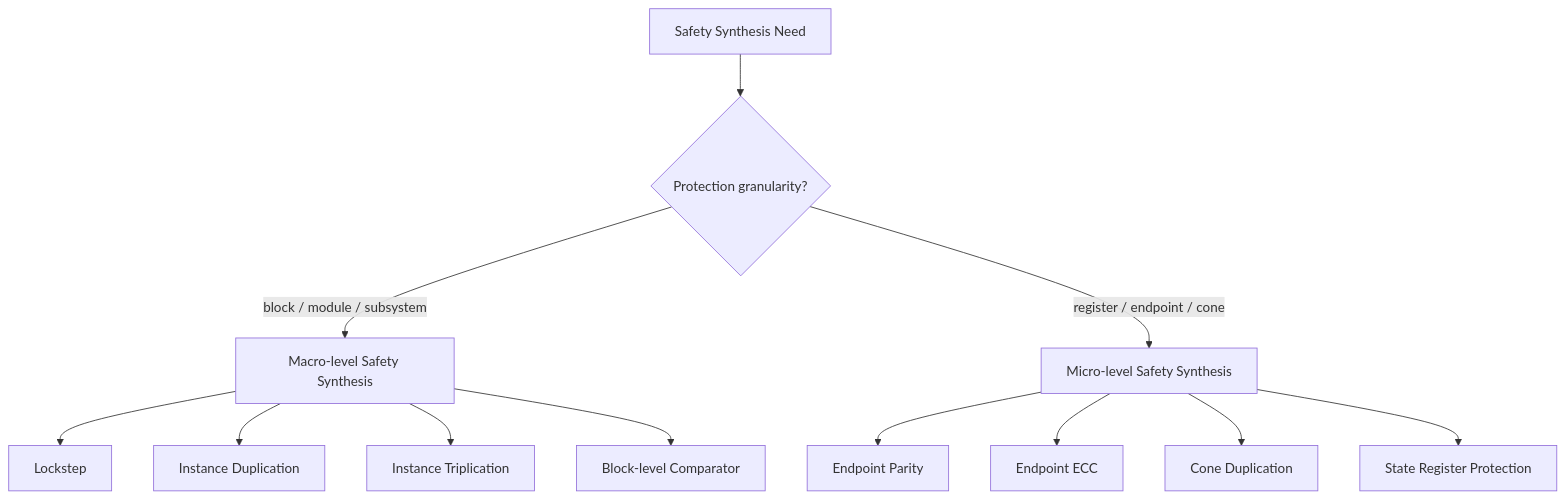
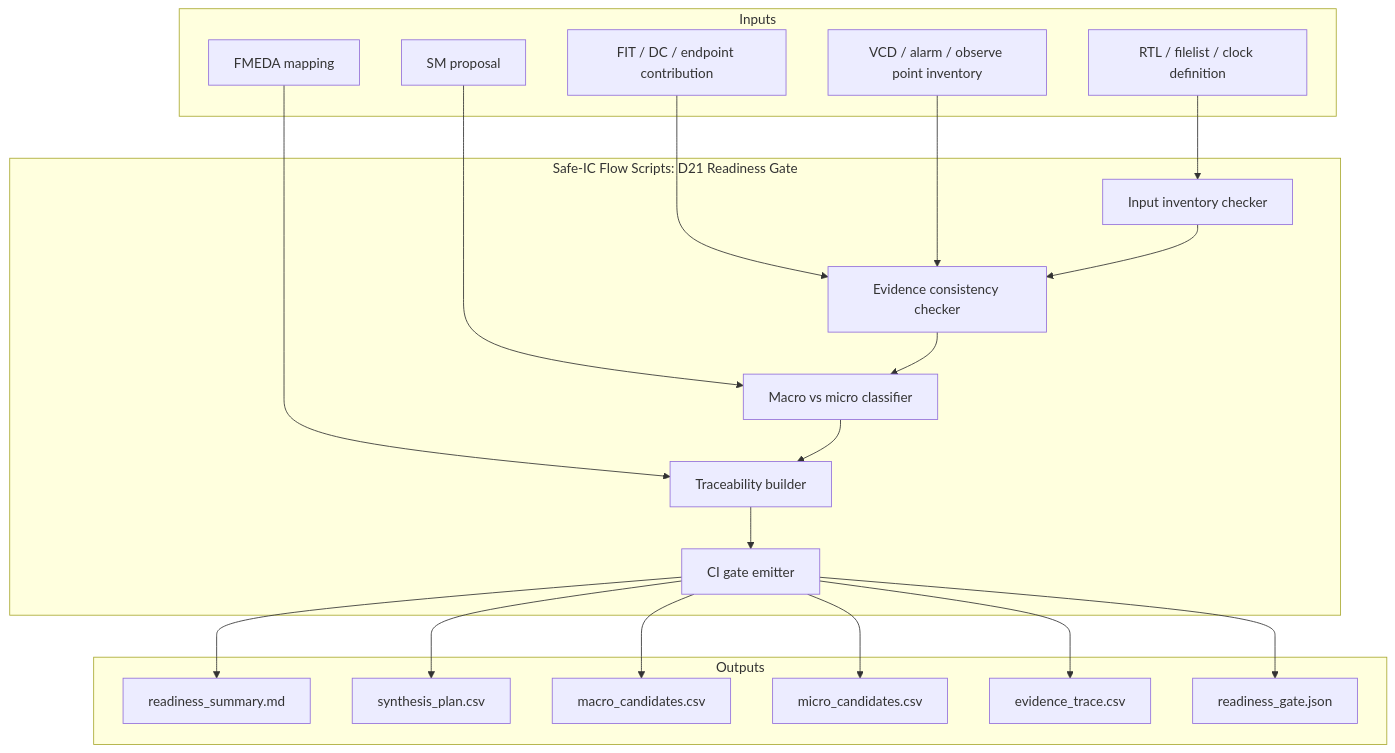
The third of 10 diagrams in articles/D21_safety_synthesis_readiness_github.md (qiqixixi1001/automotive-safeic-practice), drawn with Mermaid before and after one commit. The commit also changed other lines of this file, not shown here.

````diff
--- a/articles/D21_safety_synthesis_readiness_github.md
+++ b/articles/D21_safety_synthesis_readiness_github.md
@@ -196,16 +154,43 @@
 ```mermaid
 flowchart TB
-    A[Safety Synthesis Need] --> B{Protection granularity?}
-    B -- block / module / subsystem --> C[Macro-level Safety Synthesis]
-    B -- register / endpoint / cone --> D[Micro-level Safety Synthesis]
+    subgraph Inputs
+        A1[RTL / filelist / clock definition]
+        A2[FIT / DC / endpoint contribution]
+        A3[FMEDA mapping]
+        A4[SM proposal]
+        A5[VCD / alarm / observe point inventory]
+    end
 
-    C --> C1[Lockstep]
-    C --> C2[Instance Duplication]
-    C --> C3[Instance Triplication]
-    C --> C4[Block-level Comparator]
+    subgraph D21[Safe-IC Flow Scripts: D21 Readiness Gate]
+        B1[Input inventory checker]
+        B2[Evidence consistency checker]
+        B3[Macro vs micro classifier]
+        B4[Traceability builder]
+        B5[CI gate emitter]
+    end
 
-    D --> D1[Endpoint Parity]
-    D --> D2[Endpoint ECC]
-    D --> D3[Cone Duplication]
-    D --> D4[State Register Protection]
+    subgraph Outputs
+        C1[readiness_summary.md]
+        C2[synthesis_plan.csv]
+        C3[macro_candidates.csv]
+        C4[micro_candidates.csv]
+        C5[evidence_trace.csv]
+        C6[readiness_gate.json]
+    end
+
+    A1 --> B1
+    A2 --> B2
+    A3 --> B4
+    A4 --> B3
+    A5 --> B2
+    B1 --> B2
+    B2 --> B3
+    B3 --> B4
+    B4 --> B5
+    B5 --> C1
+    B5 --> C2
+    B5 --> C3
+    B5 --> C4
+    B5 --> C5
+    B5 --> C6
 ```
````
